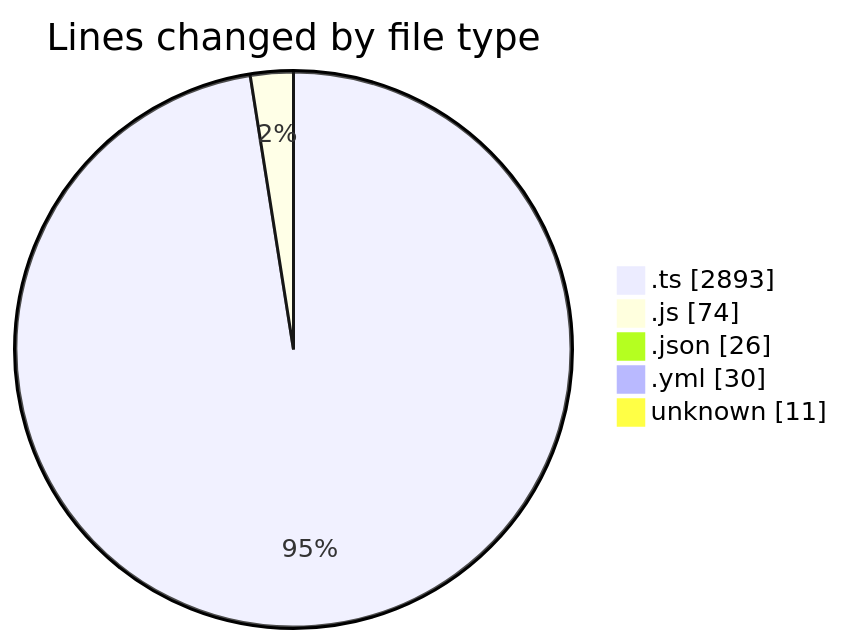
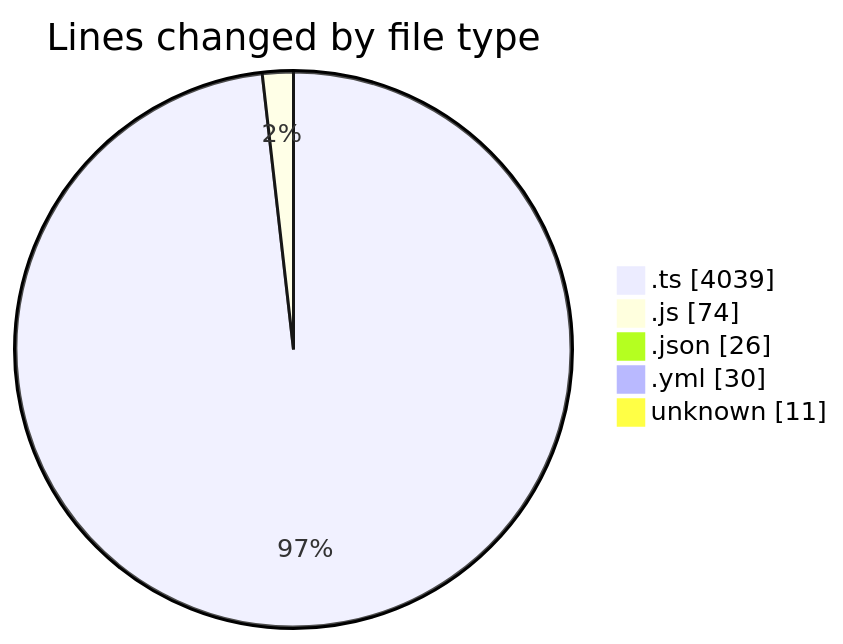
Before and after one commit to tmsrecording-cyber/code-tracking: the first of 2 diagrams in 2026-02-07/singularitybrainai/README.md, drawn with Mermaid. The commit also changed other lines of this file and 1 other file, not shown here.

````diff
--- a/2026-02-07/singularitybrainai/README.md
+++ b/2026-02-07/singularitybrainai/README.md
@@ -33,9 +35,9 @@
 ```mermaid
 pie showData
 title Lines changed by file type
-".ts" : 2893
+".ts" : 4039
 ".js" : 74
 ".json" : 26
 ".yml" : 30
 "unknown" : 11
 ```
````
